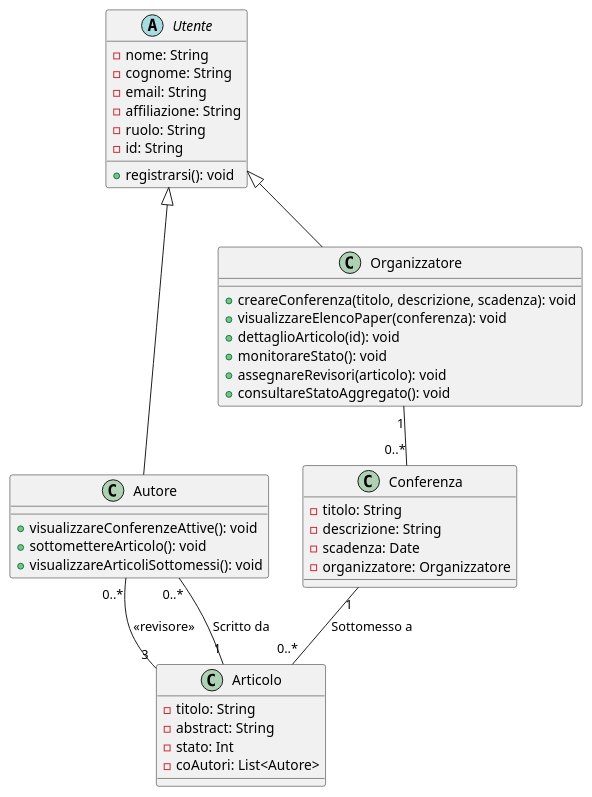
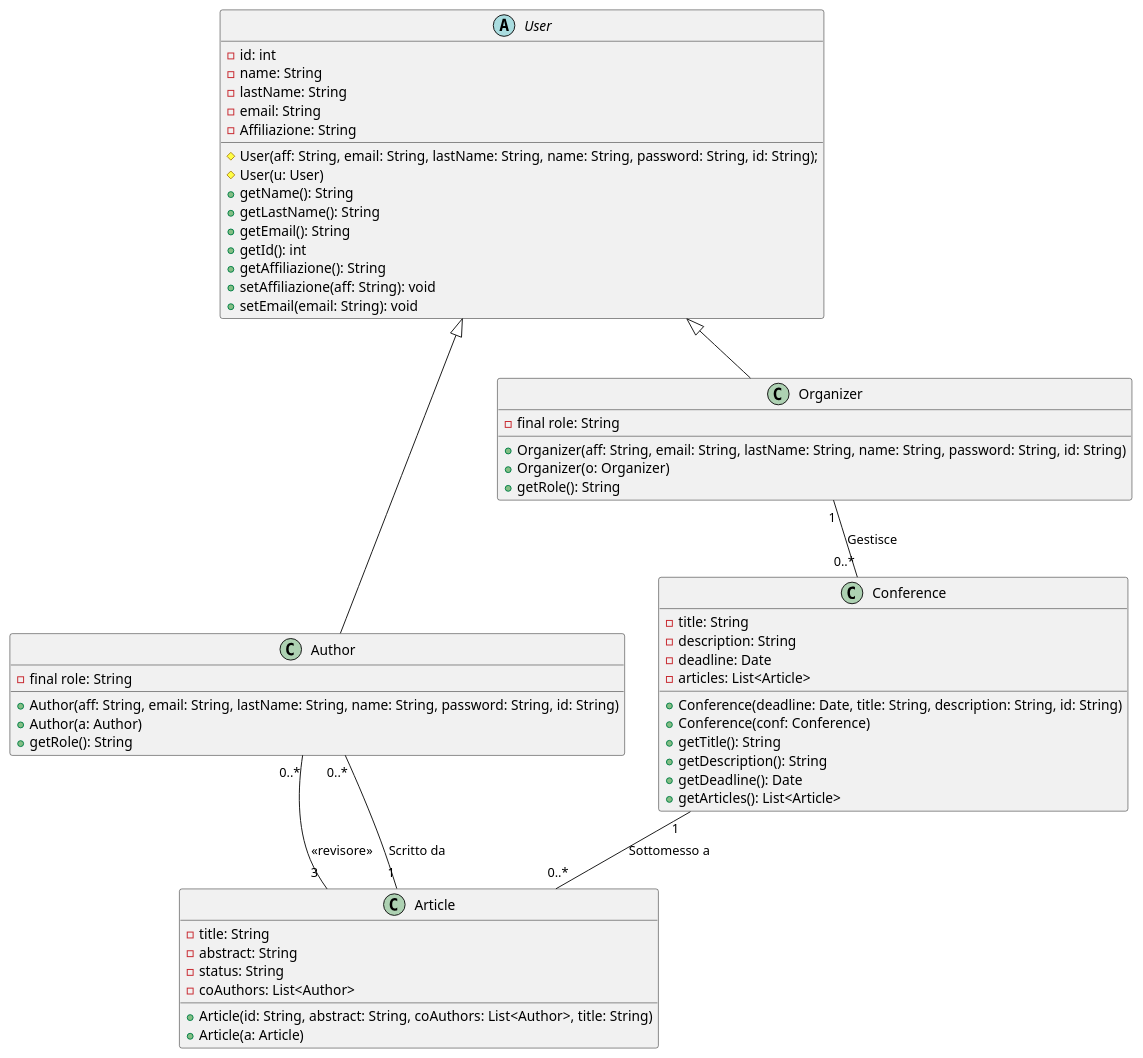
Before and after one commit to Air4x/Progetto_ISW: the diagram in VisualParadigm/diagramma_classi.puml, drawn with PlantUML.

Commit message:
Corretto diagramma_classi.puml

```diff
--- a/VisualParadigm/diagramma_classi.puml
+++ b/VisualParadigm/diagramma_classi.puml
@@ -1,54 +1,67 @@
 @startuml 
 
-abstract class Utente {
-  - nome: String
-  - cognome: String
-  - email: String
-  - affiliazione: String
-  - ruolo: String
-  - id: String
-  + registrarsi(): void
-}
+  abstract class User {
+    - id: int
+    - name: String
+    - lastName: String
+    - email: String
+    - Affiliazione: String
+    # User(aff: String, email: String, lastName: String, name: String, password: String, id: String);
+    # User(u: User)
+    + getName(): String
+    + getLastName(): String
+    + getEmail(): String
+    + getId(): int
+    + getAffiliazione(): String
+    + setAffiliazione(aff: String): void
+    + setEmail(email: String): void
+  }
+  
+  class Author {
+    - final role: String
+    + Author(aff: String, email: String, lastName: String, name: String, password: String, id: String)
+    + Author(a: Author)		
+    + getRole(): String
+  }
 
-class Autore {
-  + visualizzareConferenzeAttive(): void
-  + sottomettereArticolo(): void
-  + visualizzareArticoliSottomessi(): void
-}
+  class Organizer {
+    - final role: String
+    + Organizer(aff: String, email: String, lastName: String, name: String, password: String, id: String)
+    + Organizer(o: Organizer)
+    + getRole(): String
+  }
 
-class Organizzatore {
-  + creareConferenza(titolo, descrizione, scadenza): void
-  + visualizzareElencoPaper(conferenza): void
-  + dettaglioArticolo(id): void
-  + monitorareStato(): void
-  + assegnareRevisori(articolo): void
-  + consultareStatoAggregato(): void
-}
+  class Article {
+    - title: String
+    - abstract: String
+    - status: String
+    - coAuthors: List<Author>
+    + Article(id: String, abstract: String, coAuthors: List<Author>, title: String)
+    + Article(a: Article)
+  }
+  
+  class Conference {
+    - title: String
+    - description: String
+    - deadline: Date
+    - articles: List<Article>
+    + Conference(deadline: Date, title: String, description: String, id: String)
+    + Conference(conf: Conference)
+    + getTitle(): String
+    + getDescription(): String
+    + getDeadline(): Date
+    + getArticles(): List<Article>
+  }
 
-class Conferenza {
-  - titolo: String
-  - descrizione: String
-  - scadenza: Date
-  - organizzatore: Organizzatore
-}
-
-class Articolo {
-  - titolo: String
-  - abstract: String
-  - stato: Int 
-  - coAutori: List<Autore>
-}
-
-' Ereditarietà
-Utente <|-- Autore
-Utente <|-- Organizzatore
+  User <|-- Author
+  User <|-- Organizer
 
 ' Relazioni
-Organizzatore "1" -- "0..*" Conferenza
-Conferenza "1" -- "0..*" Articolo :Sottomesso a
-Articolo "1" -- "0..*" Autore : Scritto da
+Organizer "1" -- "0..*" Conference : Gestisce
+Conference "1" -- "0..*" Article : Sottomesso a
+Article "1" -- "0..*" Author : Scritto da
 
 ' Revisori: relazione molti-a-molti tra Autore e Articolo
-Autore "0..*" -- "3" Articolo : <<revisore>>
+Author "0..*" -- "3" Article : <<revisore>>
 
 @enduml
```
